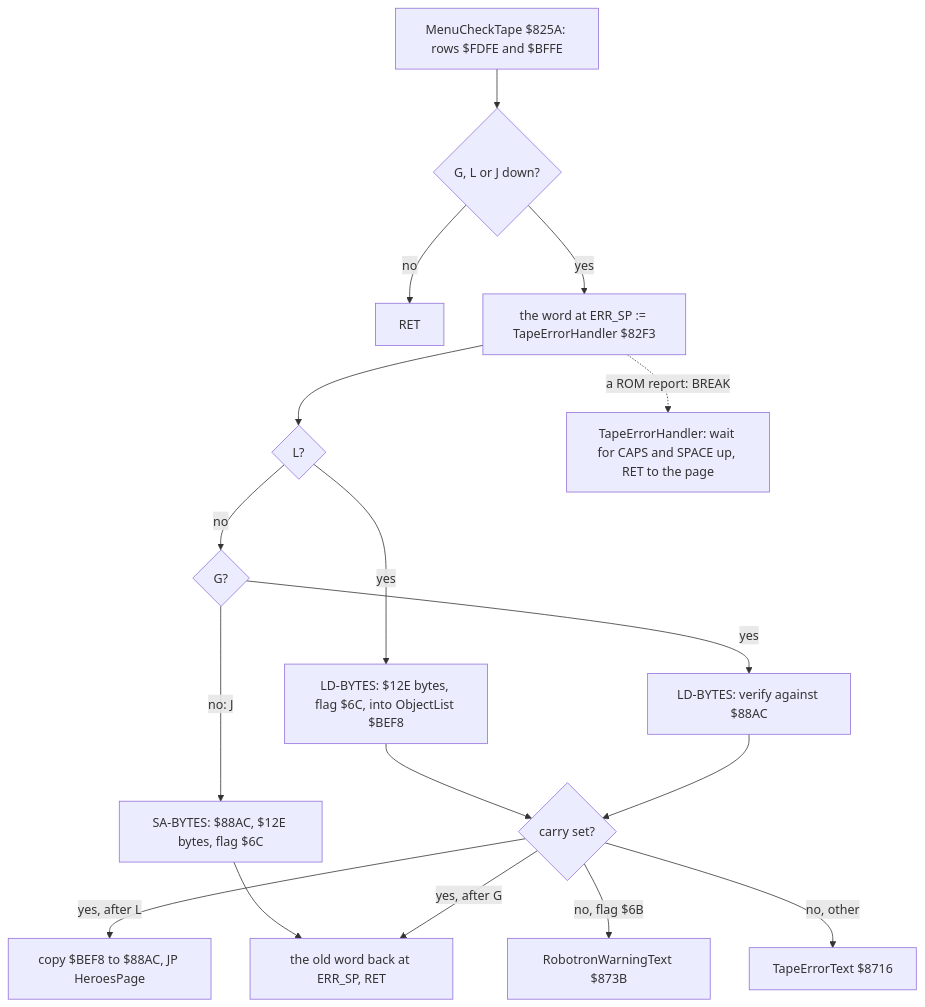
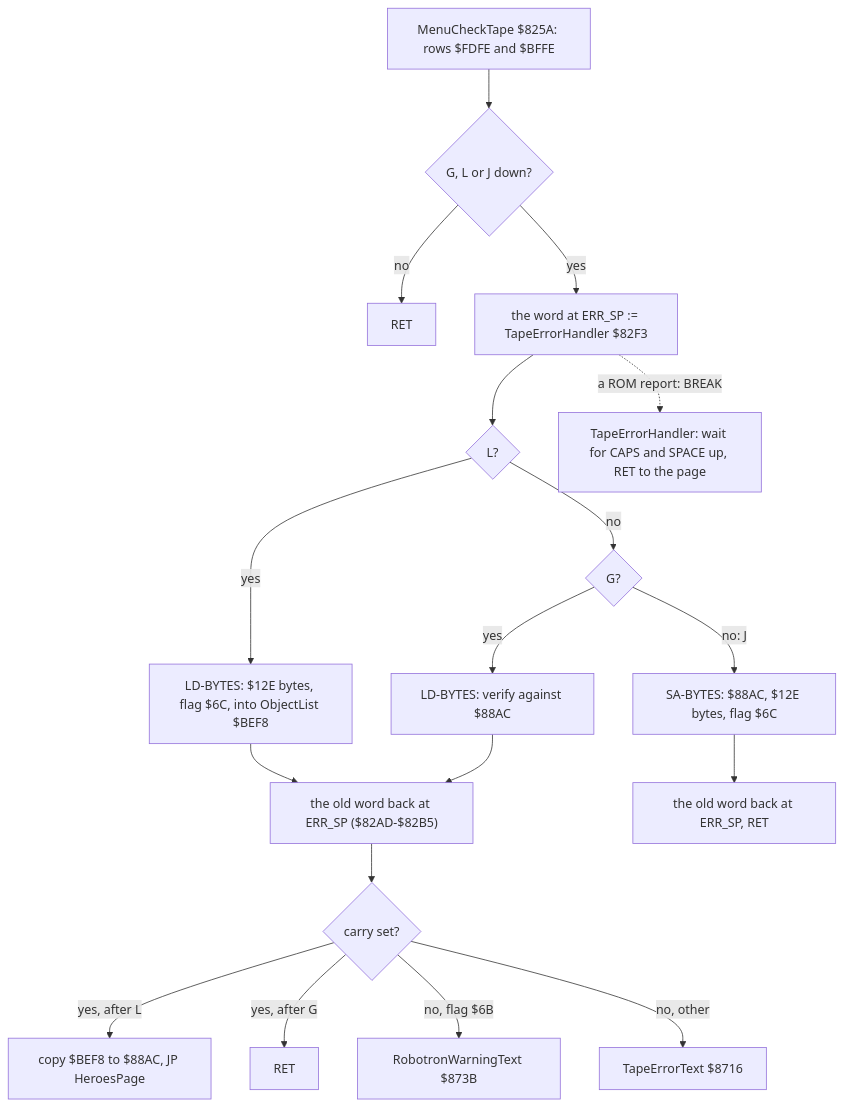
One commit to alfishe/unrealng-reverse-cases changed the fourth of 4 diagrams in games/moon-patrol/docs/03-build-and-load.md. Above: the diagram before and after it, drawn with Mermaid. The commit also changed other lines of this file and 25 other files, not shown here.

Commit message:
Moon Patrol review round 1 (58 findings: 52 accepted, 5 in part, 1 rejected) worked: the pass 7.05 frames defined once, the tune's 16 periods with HL = word, the hi-score slot search, the wheels' step, the stack bottom $C2FC; hi-score entry asm and example, the three images figure

````diff
--- a/games/moon-patrol/docs/03-build-and-load.md
+++ b/games/moon-patrol/docs/03-build-and-load.md
@@ -227,19 +227,20 @@
 ```mermaid
 flowchart TD
     A["MenuCheckTape $825A: rows $FDFE and $BFFE"] --> B{"G, L or J down?"}
     B -->|no| R["RET"]
     B -->|yes| C["the word at ERR_SP := TapeErrorHandler $82F3"]
     C --> D{"L?"}
     D -->|yes| L["LD-BYTES: $12E bytes, flag $6C, into ObjectList $BEF8"]
     D -->|no| E{"G?"}
     E -->|yes| V["LD-BYTES: verify against $88AC"]
     E -->|"no: J"| S["SA-BYTES: $88AC, $12E bytes, flag $6C"]
     S --> X["the old word back at ERR_SP, RET"]
-    L --> Y{"carry set?"}
-    V --> Y
+    L --> W["the old word back at ERR_SP ($82AD-$82B5)"]
+    V --> W
+    W --> Y{"carry set?"}
     Y -->|"yes, after L"| CP["copy $BEF8 to $88AC, JP HeroesPage"]
-    Y -->|"yes, after G"| X
+    Y -->|"yes, after G"| RT["RET"]
     Y -->|"no, flag $6B"| RW["RobotronWarningText $873B"]
     Y -->|"no, other"| TE["TapeErrorText $8716"]
     C -.->|"a ROM report: BREAK"| H["TapeErrorHandler: wait for CAPS and SPACE up, RET to the page"]
 ```
````
